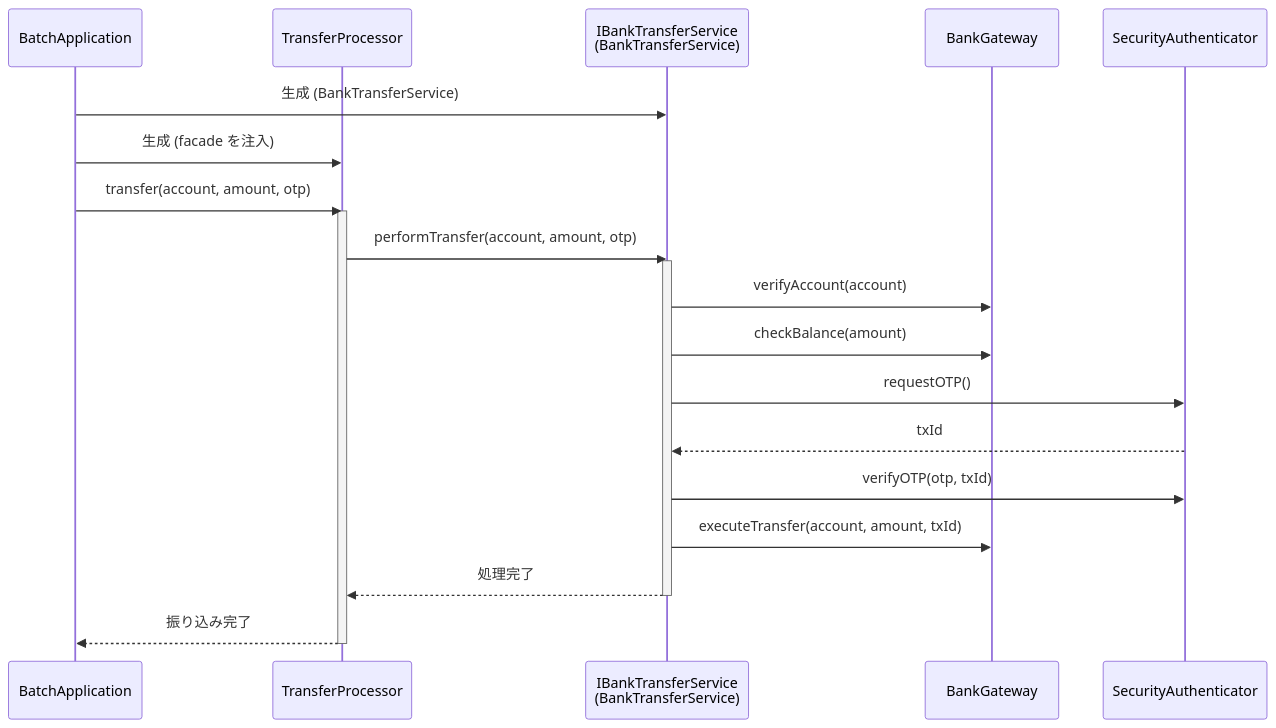
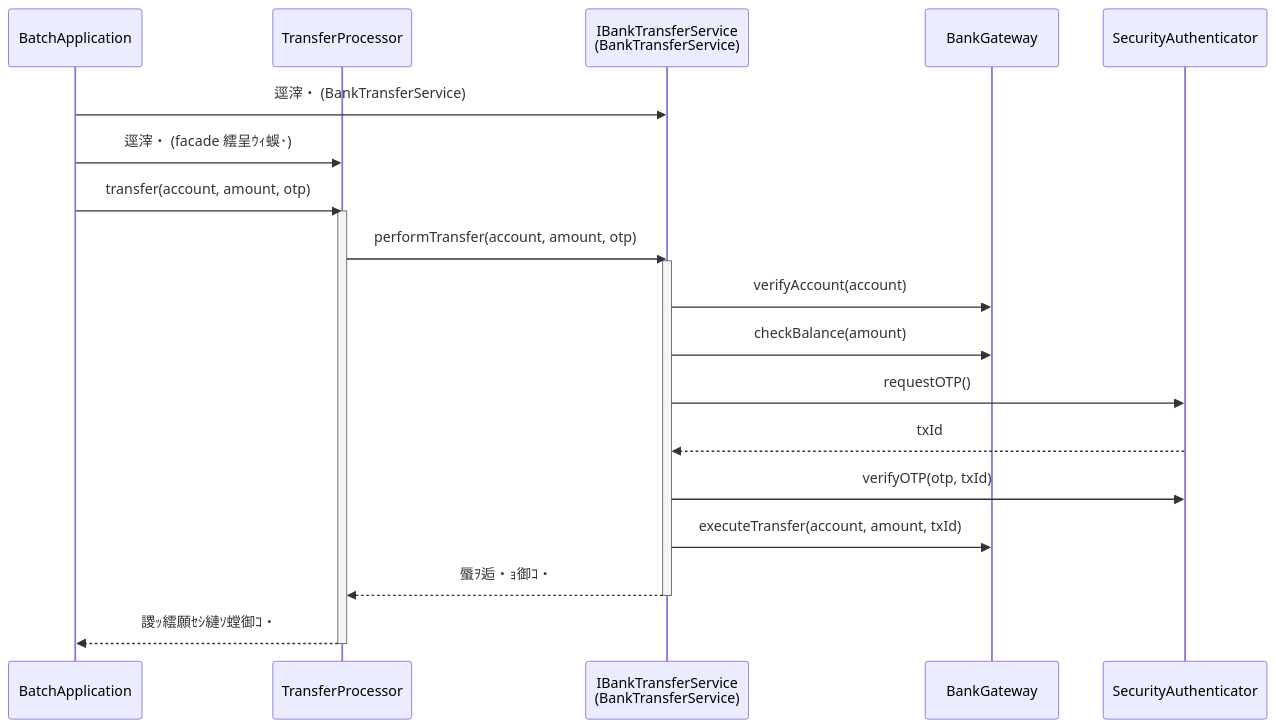
The third of 5 diagrams in kindle/design-patterns/output/chapter02.md (kumachan1101-pixel/DesignPattern), drawn with Mermaid before and after one commit. The commit also changed other lines of this file and 4 other files, not shown here.

````diff
--- a/kindle/design-patterns/output/chapter02.md
+++ b/kindle/design-patterns/output/chapter02.md
@@ -1045,25 +1045,25 @@
 ```mermaid
 sequenceDiagram
     participant B as BatchApplication
     participant T as TransferProcessor
     participant F as IBankTransferService<br/>(BankTransferService)
     participant G as BankGateway
     participant A as SecurityAuthenticator
 
-    B->>F: 生成 (BankTransferService)
-    B->>T: 生成 (facade を注入)
+    B->>F: 逕滓・ (BankTransferService)
+    B->>T: 逕滓・ (facade 繧呈ｳｨ蜈･)
     B->>T: transfer(account, amount, otp)
     activate T
     T->>F: performTransfer(account, amount, otp)
     activate F
     F->>G: verifyAccount(account)
     F->>G: checkBalance(amount)
     F->>A: requestOTP()
     A-->>F: txId
     F->>A: verifyOTP(otp, txId)
     F->>G: executeTransfer(account, amount, txId)
-    F-->>T: 処理完了
+    F-->>T: 蜃ｦ逅・ｮ御ｺ・
     deactivate F
-    T-->>B: 振り込み完了
+    T-->>B: 謖ｯ繧願ｾｼ縺ｿ螳御ｺ・
     deactivate T
 ```
````
